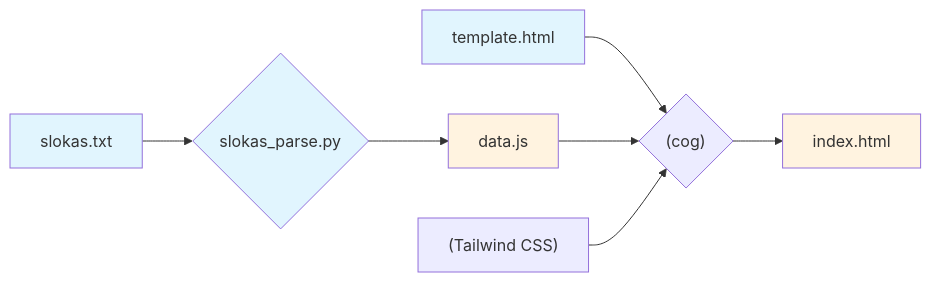
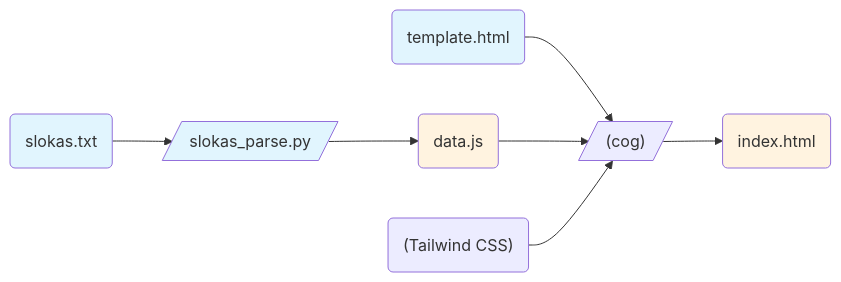
The diagram in README.md (shreevatsa/word-split-sahasranama), drawn with Mermaid before and after one commit.

Commit message:
Node shapes in Mermaid diagram

````diff
--- a/README.md
+++ b/README.md
@@ -9,17 +9,17 @@
 ```mermaid
 flowchart LR
-    A[slokas.txt] --> B{slokas_parse.py}
-    B --> C[data.js]
-    D[template.html] --> E{"(cog)"}
+    A(slokas.txt)--> B[/slokas_parse.py/]
+    B --> C(data.js)
+    D(template.html) --> E[/"(cog)"/]
     C --> E
-    T["(Tailwind CSS)"] --> E
-    E --> F[index.html]
+    T("(Tailwind CSS)") --> E
+    E --> F(index.html)
     
     style A fill:#e1f5fe
     style D fill:#e1f5fe
     style F fill:#fff3e0
     %% style C fill:#e8f5e8
     style C fill:#fff3e0
     %% style B fill:#f3e5f5
     style B fill:#e1f5fe
 ```
````
